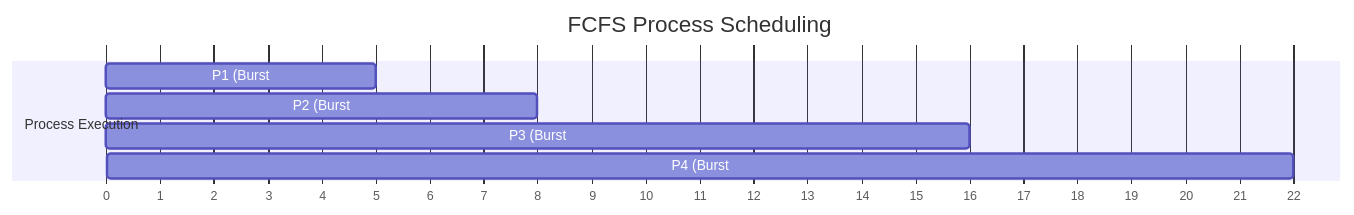
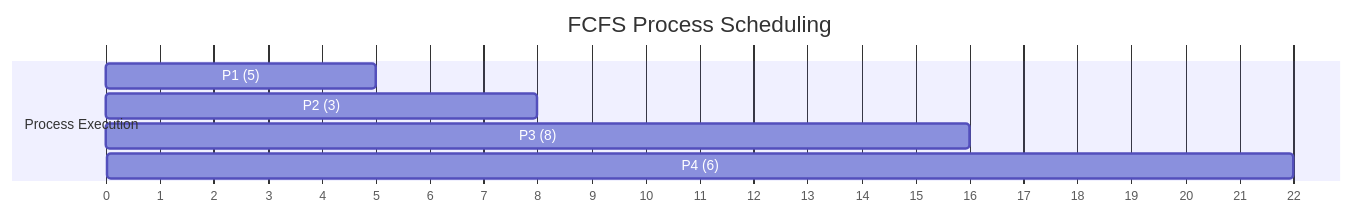
One commit to abdulahshoaib/os changed the diagram in content/CPU Scheduling/Scheduling Algorithms/FCFS.md. Above: the diagram before and after it, drawn with Mermaid.

Commit message:
feat: First Come First Serve gantt chart updated

````diff
--- a/content/CPU Scheduling/Scheduling Algorithms/FCFS.md
+++ b/content/CPU Scheduling/Scheduling Algorithms/FCFS.md
@@ -38,12 +38,12 @@
 ```mermaid
 gantt
     title FCFS Process Scheduling
     dateFormat X
     axisFormat %s
 
     section Process Execution
-    P1 (Burst: 5)    :p1, 0, 5
-    P2 (Burst: 3)    :p2, 5, 8
-    P3 (Burst: 8)    :p3, 8, 16
-    P4 (Burst: 6)    :p4, 16, 22
+    P1 (5)    :p1, 0, 5
+    P2 (3)    :p2, 5, 8
+    P3 (8)    :p3, 8, 16
+    P4 (6)    :p4, 16, 22
 ```
````
